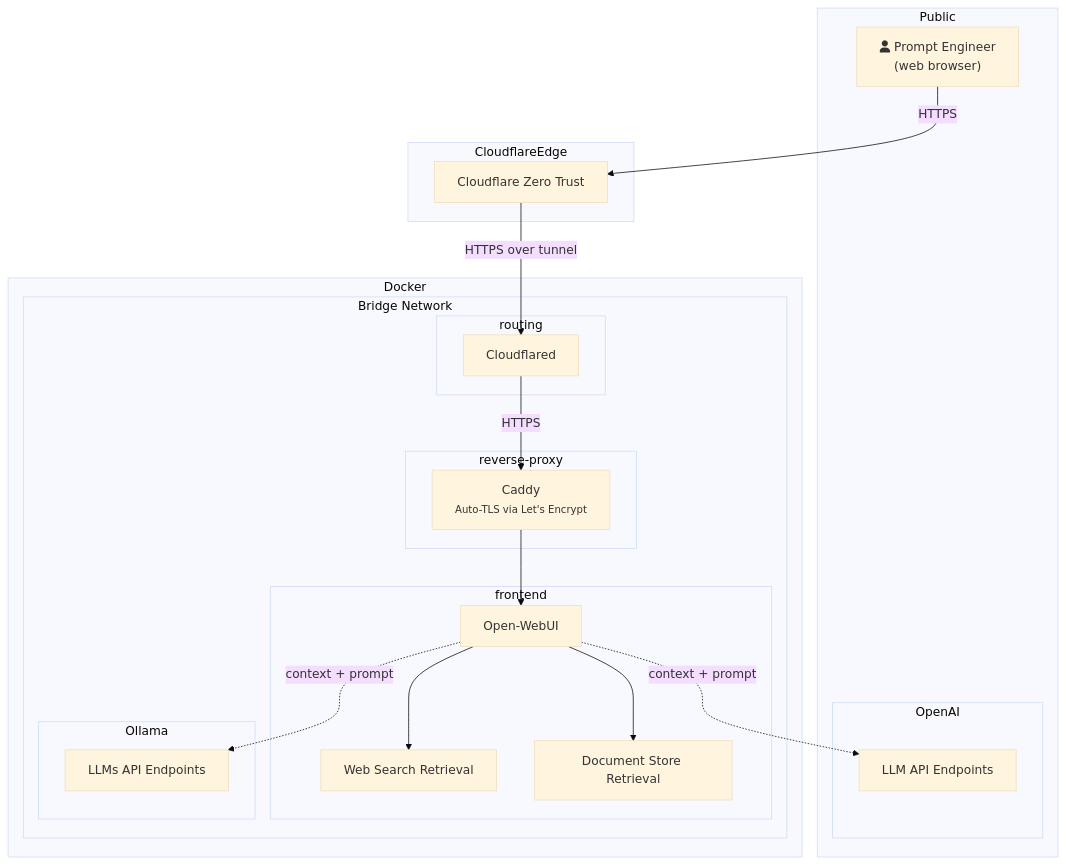
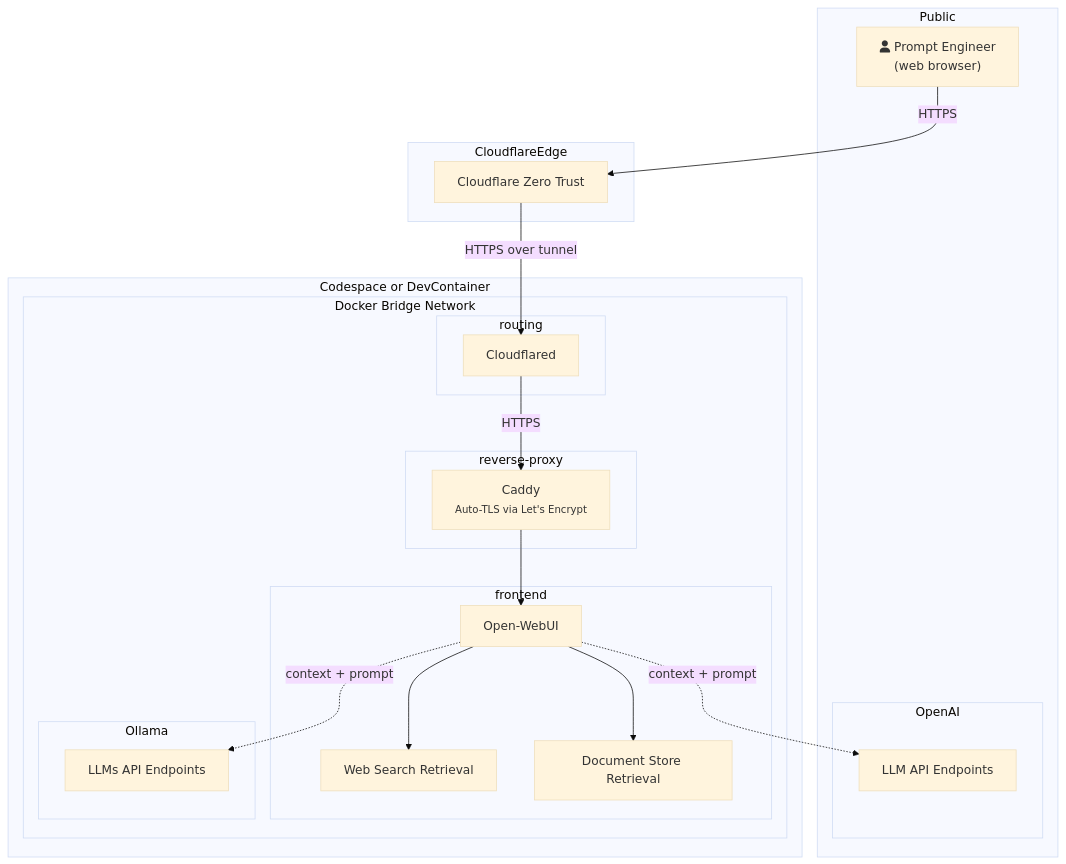
Before and after one commit to piky/blog: the diagram in docs/software-engineering/dev-environment/secure-dev-env/index.md, drawn with Mermaid (base theme).

Commit message:
Rename subgraph

````diff
--- a/docs/software-engineering/dev-environment/secure-dev-env/index.md
+++ b/docs/software-engineering/dev-environment/secure-dev-env/index.md
@@ -12,51 +12,51 @@
 ```mermaid
 flowchart TD
     %% External actors
     subgraph Public
         user["fa:fa-user Prompt Engineer\n(web browser)"]
             subgraph OpenAI
                 openai["LLM API Endpoints"]
             end
     end
 
     %% Cloudflare side
     subgraph CloudflareEdge
         cf["Cloudflare Zero Trust"]
     end
 
     %% Corporate network behind firewall
-    subgraph Docker
+    subgraph Codespace or DevContainer
 
-        subgraph Bridge Network
+        subgraph Docker Bridge Network
 
             subgraph routing
                 firewall["Cloudflared"]
             end
 
             subgraph reverse-proxy
                 caddy["Caddy \n<small> Auto-TLS via Let's Encrypt</small>"]
             end
 
             subgraph frontend
                 fe_app["Open-WebUI"]
                 rag_web["Web Search Retrieval"]
                 rag_doc["Document Store Retrieval"]
             end
             subgraph Ollama
                 ollama["LLMs API Endpoints"]
             end
         end
     end
 
     %% Flow
     user  -->|HTTPS| cf
     cf    -->|HTTPS over tunnel| firewall
     firewall -->|HTTPS| caddy
     caddy --> fe_app
 
     fe_app --> rag_web
     fe_app --> rag_doc
     fe_app -.->|context + prompt| ollama
 
     fe_app -.->|context + prompt| openai
 ```
````
